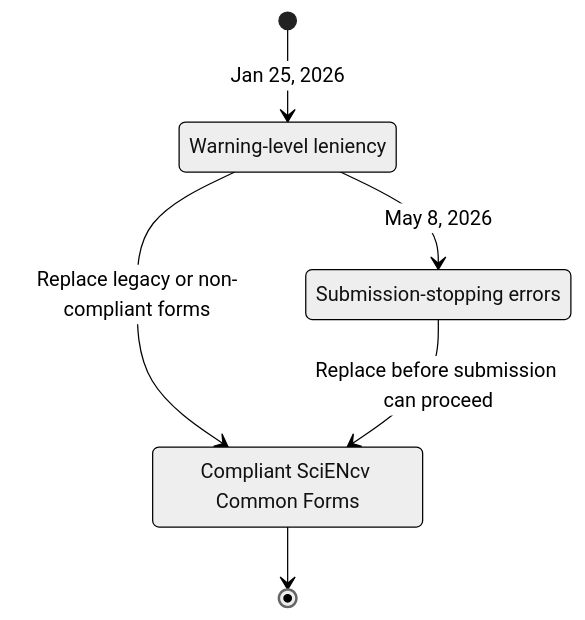
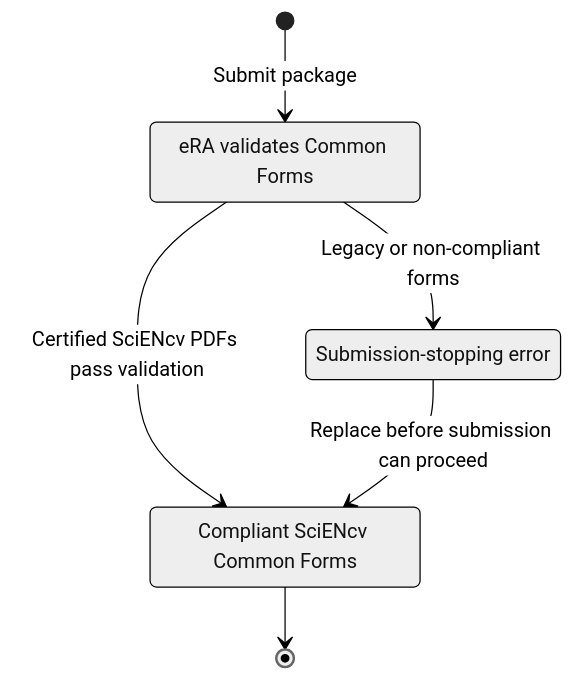
The diagram in docs/policy/enforcement.md (FritscheLab/nih-sciencv-playbook), drawn with Mermaid (neutral theme) before and after one commit. The commit also changed other lines of this file and 7 other files, not shown here.

Commit message:
Update documentation to reflect current NIH Common Forms enforcement status and streamline guidance; enhance clarity in various sections and remove outdated leniency period references.

````diff
--- a/docs/policy/enforcement.md
+++ b/docs/policy/enforcement.md
@@ -16,11 +15,11 @@
 ```mermaid
 stateDiagram-v2
-    state "Warning-level leniency" as Warning
-    state "Submission-stopping errors" as Error
+    state "eRA validates Common Forms" as Validate
+    state "Submission-stopping error" as Error
     state "Compliant SciENcv Common Forms" as Compliant
-    [*] --> Warning: Jan 25, 2026
-    Warning --> Error: May 8, 2026
-    Warning --> Compliant: Replace legacy or non-compliant forms
+    [*] --> Validate: Submit package
+    Validate --> Compliant: Certified SciENcv PDFs pass validation
+    Validate --> Error: Legacy or non-compliant forms
     Error --> Compliant: Replace before submission can proceed
     Compliant --> [*]
 ```
````
